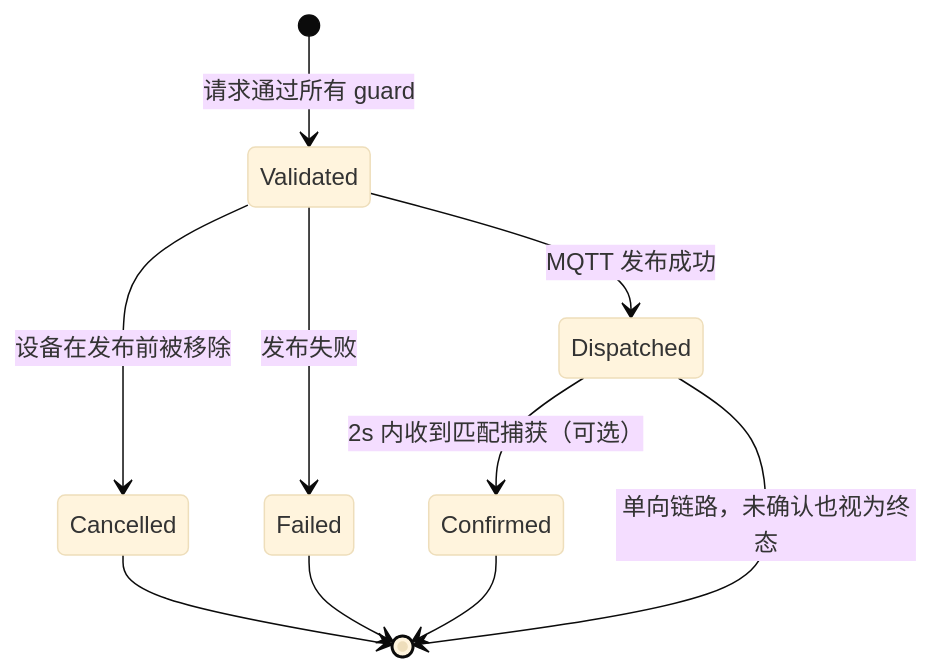
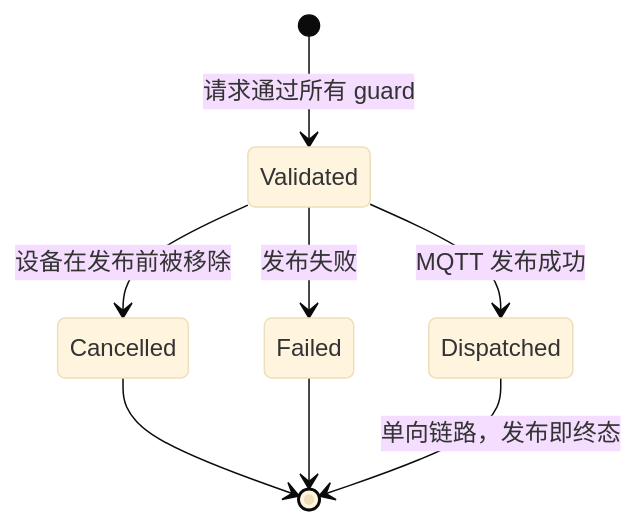
The fourth of 5 diagrams in docs/api-contract-v1.md (ktKongTong/esp-ev1527-server), drawn with Mermaid (base theme) before and after one commit. The commit also changed other lines of this file and 48 other files, not shown here.

````diff
--- a/docs/api-contract-v1.md
+++ b/docs/api-contract-v1.md
@@ -456,12 +499,10 @@
 ```mermaid
 stateDiagram-v2
     [*] --> Validated: 请求通过所有 guard
     Validated --> Dispatched: MQTT 发布成功
-    Dispatched --> Confirmed: 2s 内收到匹配捕获（可选）
     Validated --> Cancelled: 设备在发布前被移除
     Validated --> Failed: 发布失败
     Cancelled --> [*]
     Failed --> [*]
-    Confirmed --> [*]
-    Dispatched --> [*]: 单向链路，未确认也视为终态
+    Dispatched --> [*]: 单向链路，发布即终态
 ```
````
